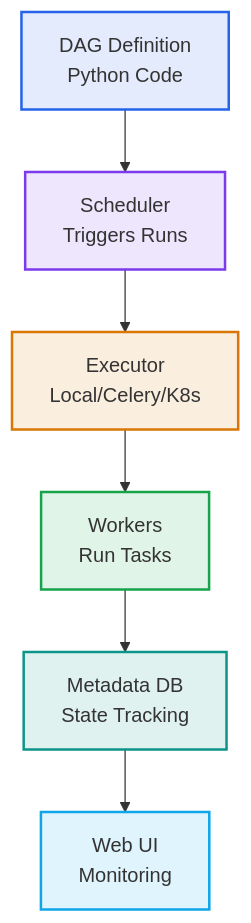
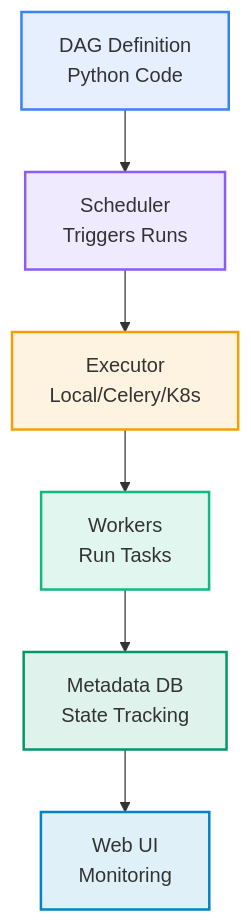
One commit to MadeInShineA/hei-course-summaries changed the second of 5 diagrams in 302.1-data-computation/airflow.md. Above: the diagram before and after it, drawn with Mermaid. The commit also changed other lines of this file and 2 other files, not shown here.

Commit message:
Updated mermaid graphs colors

````diff
--- a/302.1-data-computation/airflow.md
+++ b/302.1-data-computation/airflow.md
@@ -131,15 +131,15 @@
 ```mermaid
 flowchart TD
     DAG[DAG Definition<br/>Python Code] --> SCH[Scheduler<br/>Triggers Runs]
     SCH --> EXE[Executor<br/>Local/Celery/K8s]
     EXE --> WORK[Workers<br/>Run Tasks]
     WORK --> DB[Metadata DB<br/>State Tracking]
     DB --> UI[Web UI<br/>Monitoring]
     
-    style DAG fill:#2563eb20,stroke:#2563eb,stroke-width:2px
-    style SCH fill:#7c3aed20,stroke:#7c3aed,stroke-width:2px
-    style EXE fill:#d9770620,stroke:#d97706,stroke-width:2px
-    style WORK fill:#16a34a20,stroke:#16a34a,stroke-width:2px
-    style DB fill:#0d948820,stroke:#0d9488,stroke-width:2px
-    style UI fill:#0ea5e920,stroke:#0ea5e9,stroke-width:2px
+    style DAG fill:#3b82f620,stroke:#3b82f6,stroke-width:2px
+    style SCH fill:#8b5cf620,stroke:#8b5cf6,stroke-width:2px
+    style EXE fill:#f59e0b20,stroke:#f59e0b,stroke-width:2px
+    style WORK fill:#10b98120,stroke:#10b981,stroke-width:2px
+    style DB fill:#05966920,stroke:#059669,stroke-width:2px
+    style UI fill:#0284c720,stroke:#0284c7,stroke-width:2px
 ```
````
